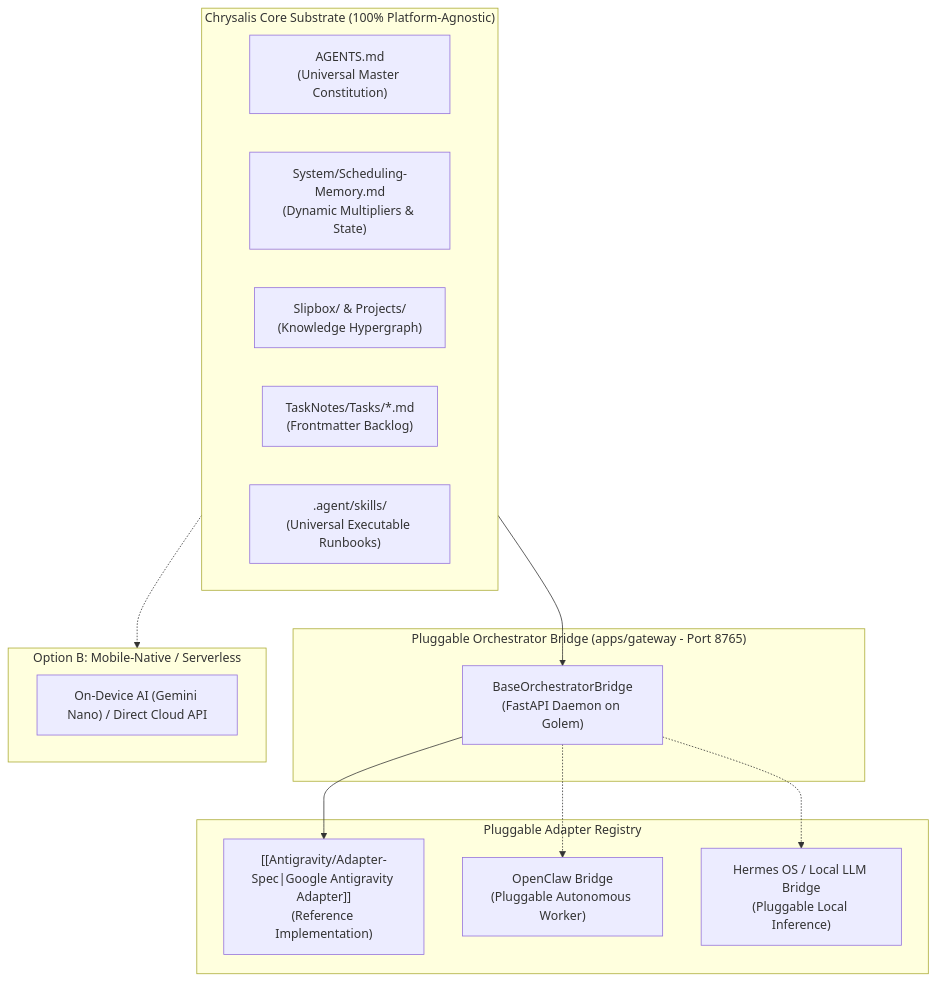
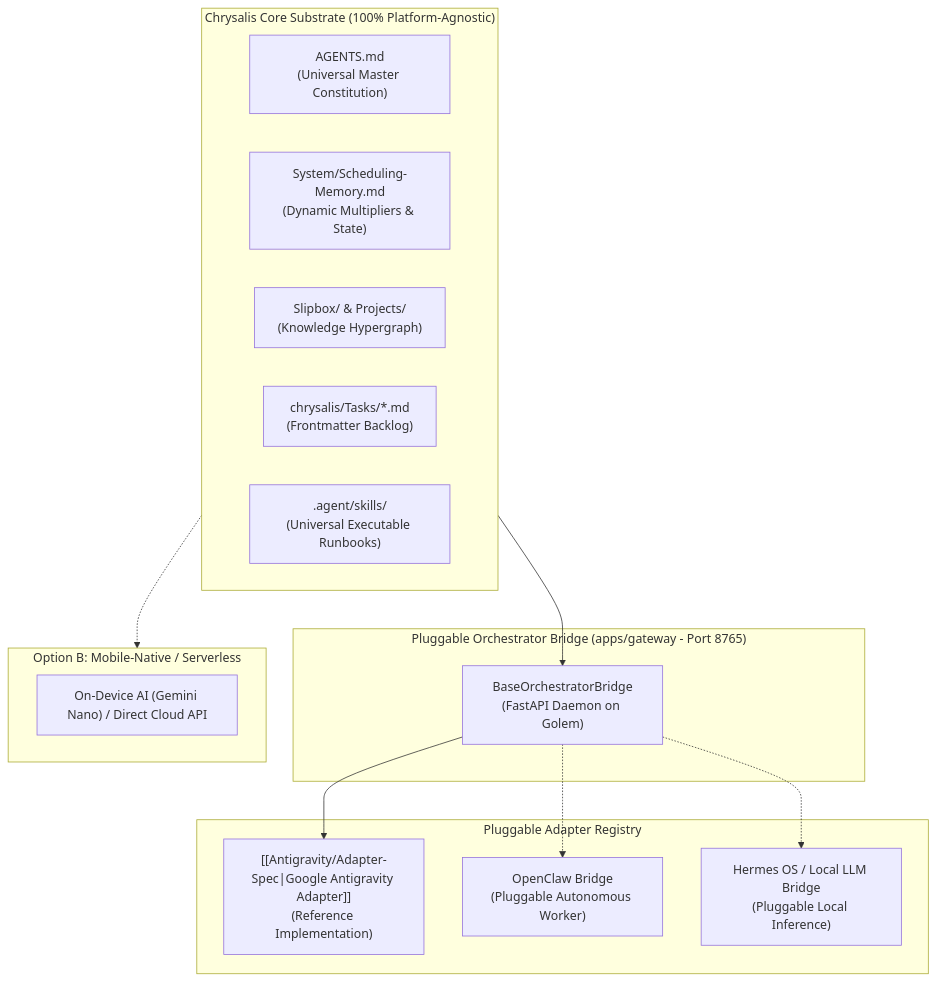
Before and after one commit to tama-gucci/chrysalis: the diagram in System/Orchestrators/README.md, drawn with Mermaid. The commit also changed other lines of this file and 44 other files, not shown here.

````diff
--- a/System/Orchestrators/README.md
+++ b/System/Orchestrators/README.md
@@ -19,30 +19,30 @@
 ```mermaid
 graph TD
     subgraph Substrate ["Chrysalis Core Substrate (100% Platform-Agnostic)"]
         Constitution["AGENTS.md<br/>(Universal Master Constitution)"]
         Memory["System/Scheduling-Memory.md<br/>(Dynamic Multipliers & State)"]
         Hypergraph["Slipbox/ & Projects/<br/>(Knowledge Hypergraph)"]
-        Tasks["TaskNotes/Tasks/*.md<br/>(Frontmatter Backlog)"]
+        Tasks["chrysalis/Tasks/*.md<br/>(Frontmatter Backlog)"]
         Skills[".agent/skills/<br/>(Universal Executable Runbooks)"]
     end
 
     subgraph ModularBridge ["Pluggable Orchestrator Bridge (apps/gateway - Port 8765)"]
         Bridge["BaseOrchestratorBridge<br/>(FastAPI Daemon on Golem)"]
     end
 
     subgraph OrchestratorAdapters ["Pluggable Adapter Registry"]
         Antigravity["[[Antigravity/Adapter-Spec|Google Antigravity Adapter]]<br/>(Reference Implementation)"]
         OpenClaw["OpenClaw Bridge<br/>(Pluggable Autonomous Worker)"]
         Hermes["Hermes OS / Local LLM Bridge<br/>(Pluggable Local Inference)"]
     end
 
     subgraph EdgeMode ["Option B: Mobile-Native / Serverless"]
         EdgeAI["On-Device AI (Gemini Nano) / Direct Cloud API"]
     end
 
     Substrate --> Bridge
     Bridge --> Antigravity
     Bridge -.-> OpenClaw
     Bridge -.-> Hermes
     Substrate -.-> EdgeMode
 ```
````
